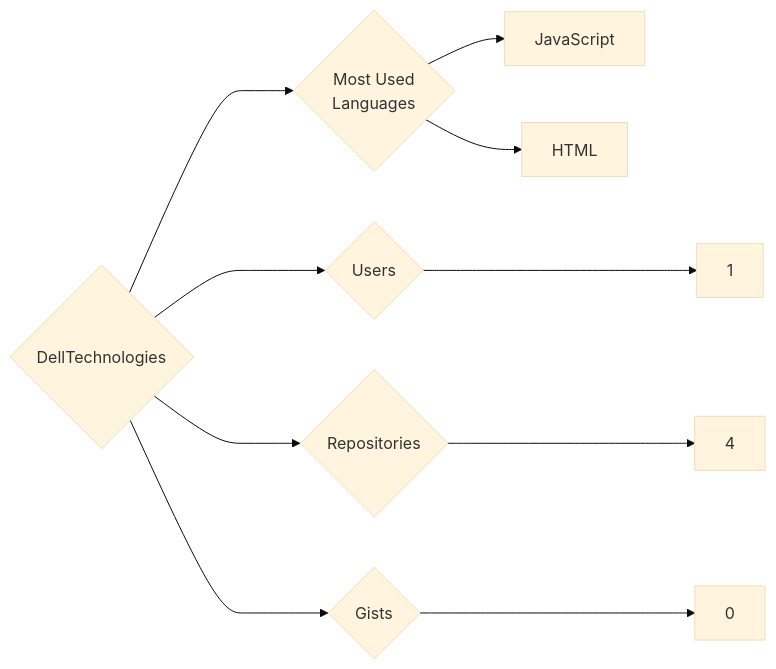
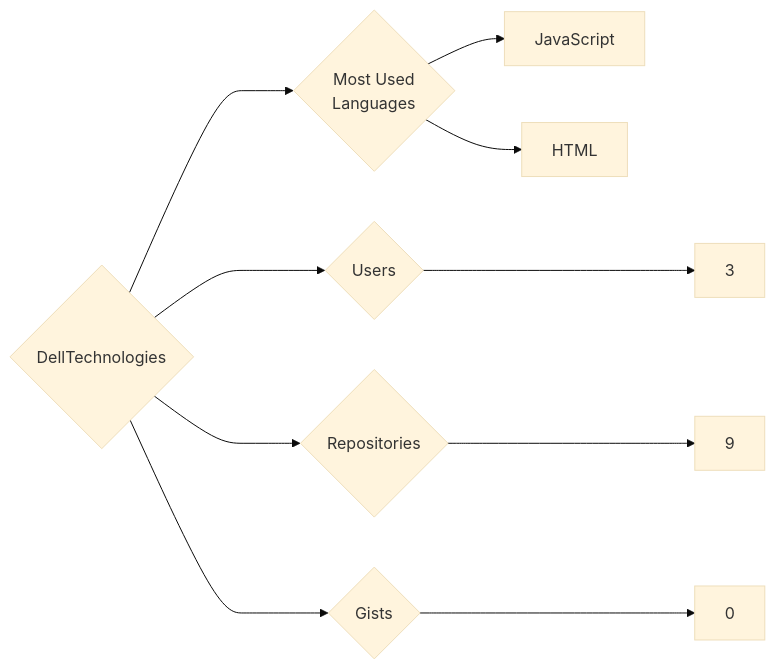
One commit to trickest/insiders changed the diagram in targets/DellTechnologies/README.md. Above: the diagram before and after it, drawn with Mermaid (base theme). The commit also changed 1149 other files, not shown here.

````diff
--- a/targets/DellTechnologies/README.md
+++ b/targets/DellTechnologies/README.md
@@ -3,10 +3,10 @@
 ```mermaid
 graph LR
 COMPANY_NAME{DellTechnologies}
-COMPANY_NAME ---> U{Users} ---> UN[1]
-COMPANY_NAME ---> R{Repositories} ---> RN[4]
+COMPANY_NAME ---> U{Users} ---> UN[3]
+COMPANY_NAME ---> R{Repositories} ---> RN[9]
 COMPANY_NAME ---> G{Gists} ---> GN[0]
 COMPANY_NAME ---> ML{Most Used<br>Languages}
 ML --> JavaScript[JavaScript]
 ML --> HTML[HTML]
 ```
````
